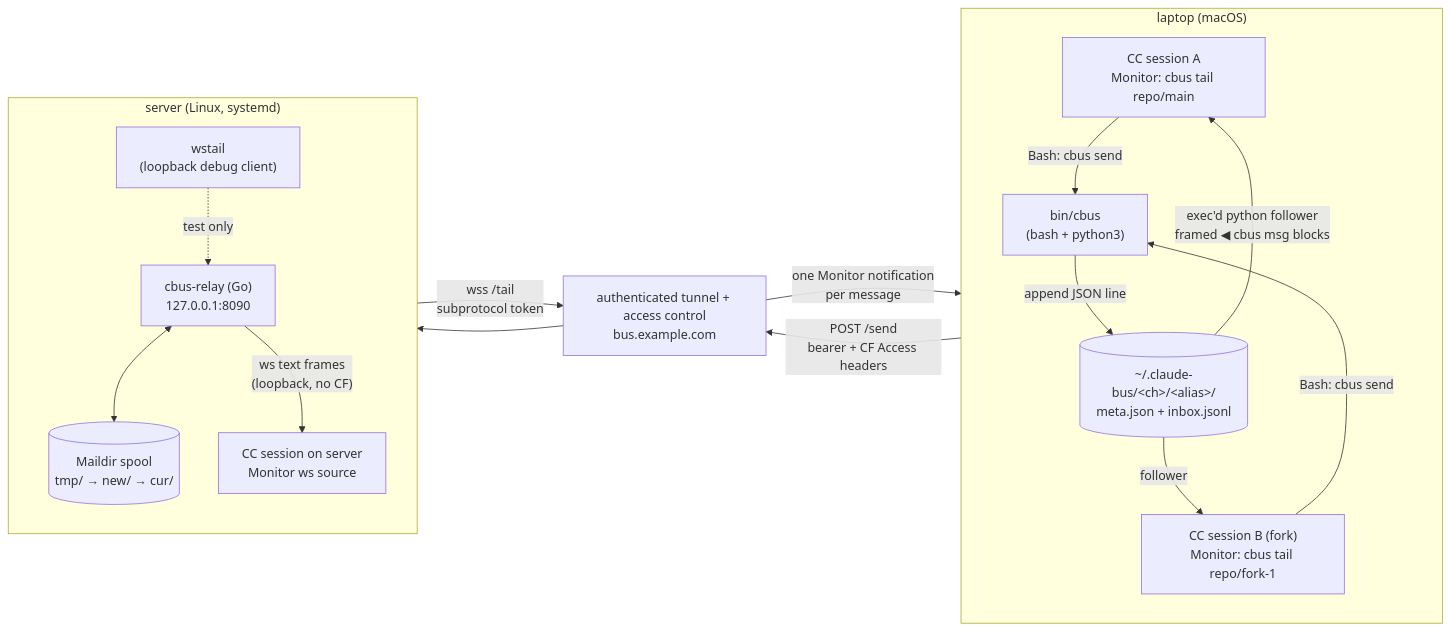
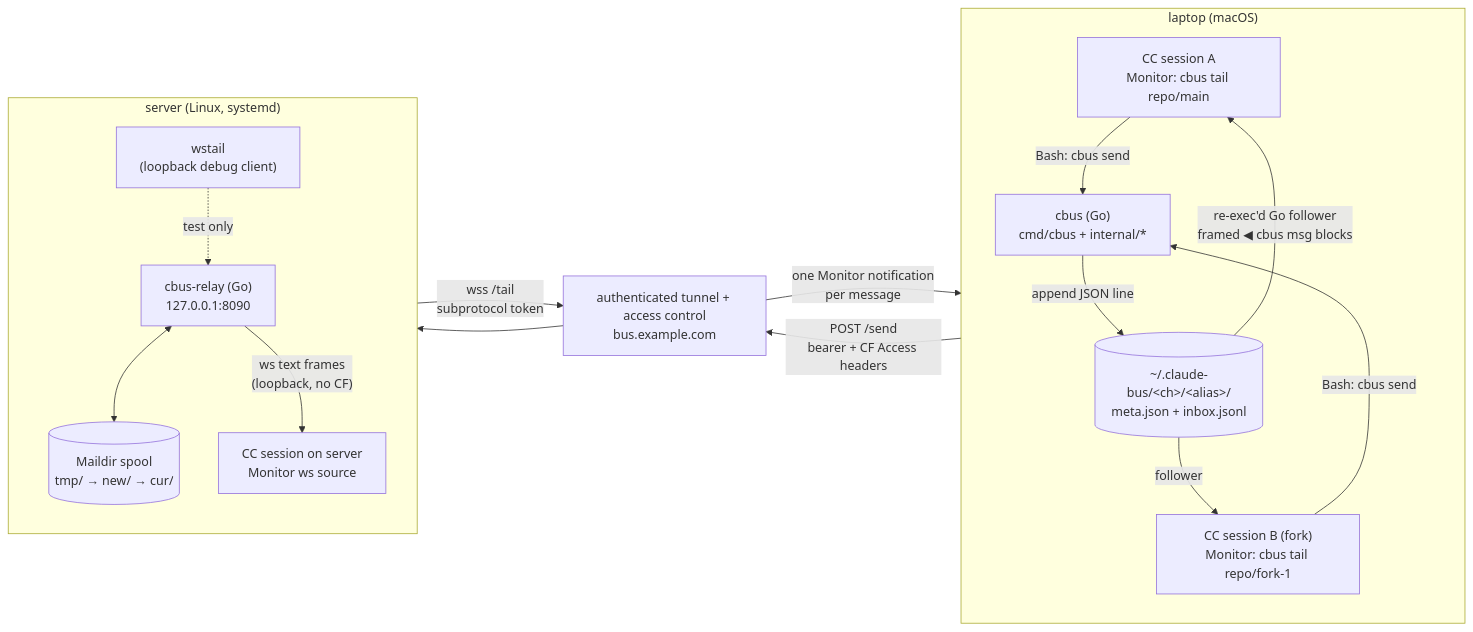
The first of 2 diagrams in docs/architecture/overview.md (cumanzor/claudebus), drawn with Mermaid before and after one commit. The commit also changed other lines of this file and 3 other files, not shown here.

First line of the commit message:
docs(architecture): post-cutover banners + overview surgical edits

````diff
--- a/docs/architecture/overview.md
+++ b/docs/architecture/overview.md
@@ -85,33 +95,33 @@
 ```mermaid
 flowchart LR
     subgraph laptop["laptop (macOS)"]
         direction TB
         sessA["CC session A<br/>Monitor: cbus tail repo/main"]
         sessB["CC session B (fork)<br/>Monitor: cbus tail repo/fork-1"]
-        cli["bin/cbus<br/>(bash + python3)"]
+        cli["cbus (Go)<br/>cmd/cbus + internal/*"]
         bus[("~/.claude-bus/&lt;ch&gt;/&lt;alias&gt;/<br/>meta.json + inbox.jsonl")]
         sessA -->|"Bash: cbus send"| cli
         sessB -->|"Bash: cbus send"| cli
         cli -->|append JSON line| bus
-        bus -->|"exec'd python follower<br/>framed ◀ cbus msg blocks"| sessA
+        bus -->|"re-exec'd Go follower<br/>framed ◀ cbus msg blocks"| sessA
         bus -->|follower| sessB
     end
 
     cf["authenticated tunnel + access control<br/>bus.example.com"]
 
     subgraph server["server (Linux, systemd)"]
         direction TB
         relay["cbus-relay (Go)<br/>127.0.0.1:8090"]
         spool[("Maildir spool<br/>tmp/ → new/ → cur/")]
         serverSess["CC session on server<br/>Monitor ws source"]
         wstail["wstail<br/>(loopback debug client)"]
         relay <--> spool
         relay -->|"ws text frames<br/>(loopback, no CF)"| serverSess
         wstail -.->|test only| relay
     end
 
     cli -->|"POST /send<br/>bearer + CF Access headers"| cf
     cf --> relay
     relay -->|"wss /tail<br/>subprotocol token"| cf
     cf -->|"one Monitor notification<br/>per message"| sessA
 ```
````
